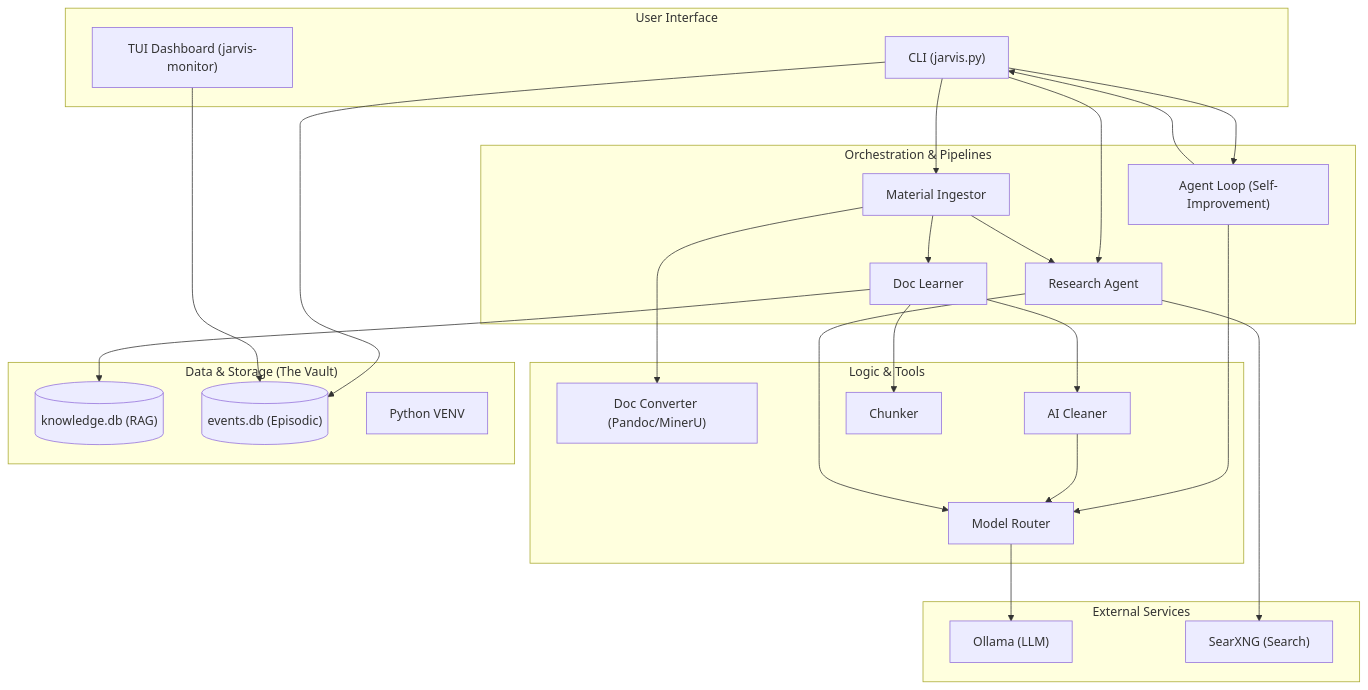
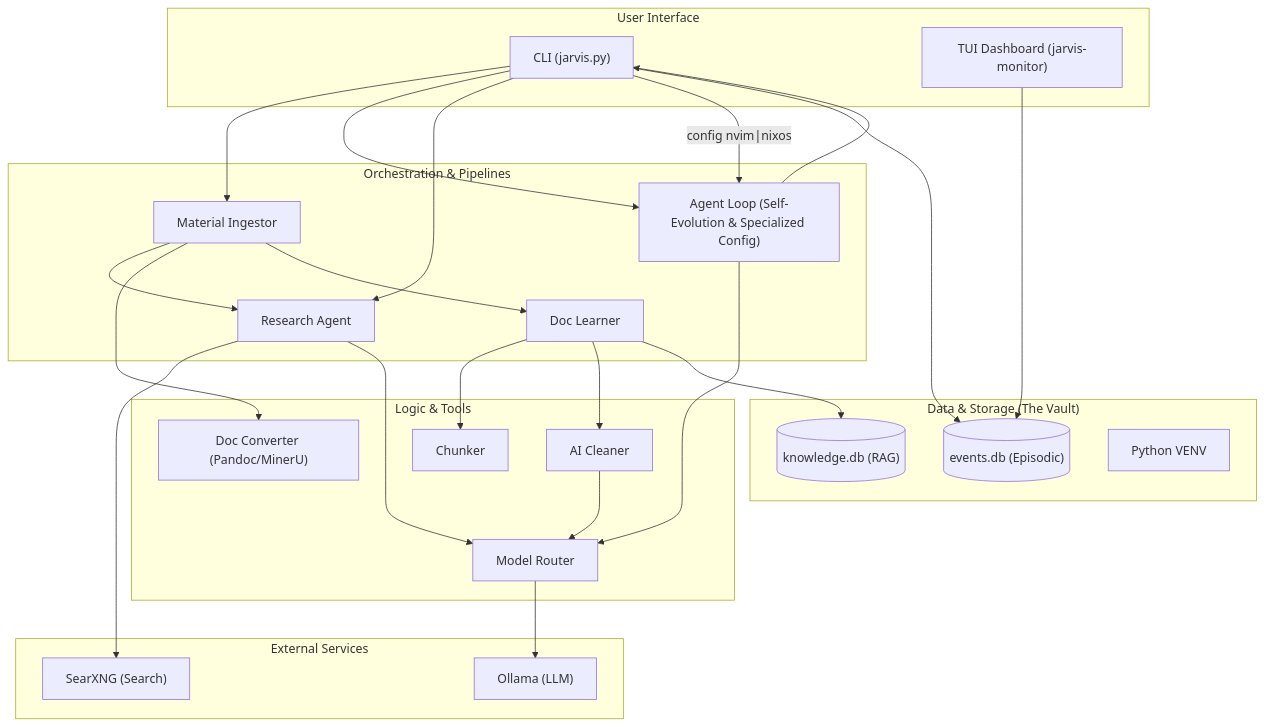
Before and after one commit to m-amir-gomaa/Jarvis: the diagram in docs/system_architecture.md, drawn with Mermaid. The commit also changed other lines of this file and 13 other files, not shown here.

````diff
--- a/docs/system_architecture.md
+++ b/docs/system_architecture.md
@@ -7,56 +7,57 @@
 ```mermaid
 graph TD
     subgraph "User Interface"
         CLI["CLI (jarvis.py)"]
         TUI["TUI Dashboard (jarvis-monitor)"]
     end
 
     subgraph "Orchestration & Pipelines"
         MI["Material Ingestor"]
         RA["Research Agent"]
         DL["Doc Learner"]
-        AL["Agent Loop (Self-Improvement)"]
+        AL["Agent Loop (Self-Evolution & Specialized Config)"]
     end
 
     subgraph "Logic & Tools"
         CONV["Doc Converter (Pandoc/MinerU)"]
         CLEAN["AI Cleaner"]
         CHUNK["Chunker"]
         ROUTER["Model Router"]
     end
 
     subgraph "Data & Storage (The Vault)"
         KDB[("knowledge.db (RAG)")]
         EDB[("events.db (Episodic)")]
         VENV["Python VENV"]
     end
 
     subgraph "External Services"
         OLLAMA["Ollama (LLM)"]
         SEARXNG["SearXNG (Search)"]
     end
 
     %% Interactions
     CLI --> MI
     CLI --> AL
     CLI --> RA
+    CLI -- "config nvim|nixos" --> AL
     
     MI --> RA
     MI --> CONV
     MI --> DL
     
     DL --> CHUNK
     DL --> CLEAN
     DL --> KDB
     
     AL --> CLI
     AL --> ROUTER
     
     CLEAN --> ROUTER
     ROUTER --> OLLAMA
     RA --> SEARXNG
     RA --> ROUTER
     
     CLI --> EDB
     TUI --> EDB
 ```
````
